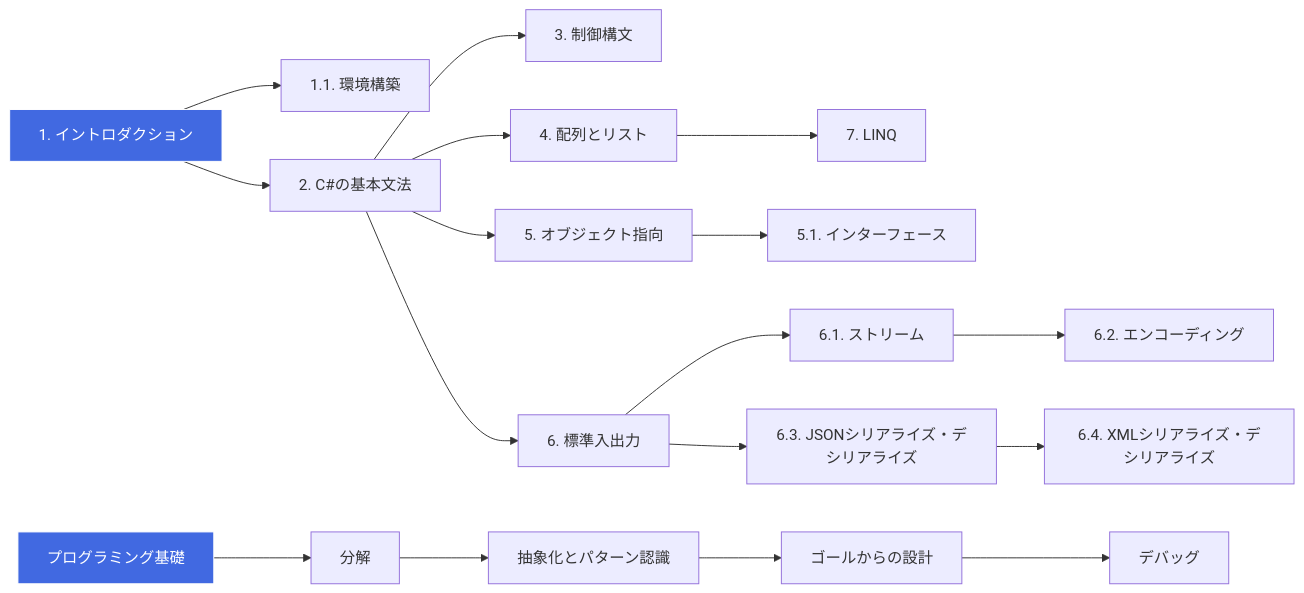
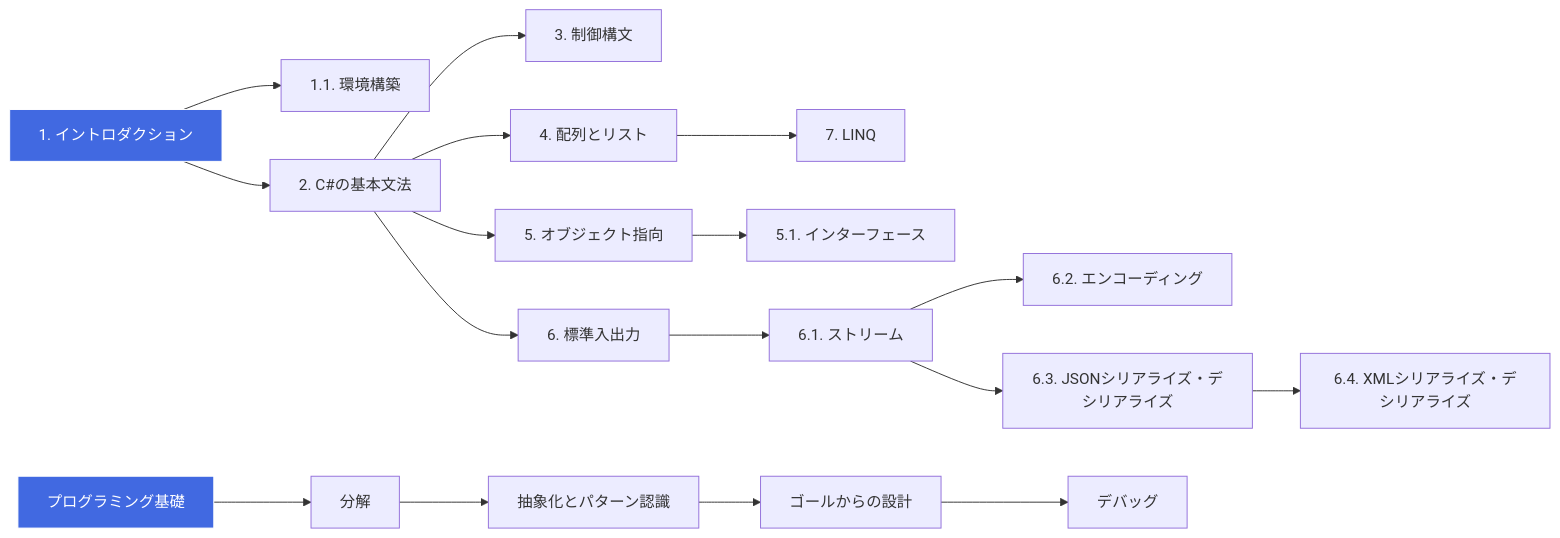
Before and after one commit to h0r1-m/csharp_zoro_to_hero: the diagram in README.md, drawn with Mermaid.

Commit message:
ツリー修正

````diff
--- a/README.md
+++ b/README.md
@@ -16,21 +16,21 @@
 ```mermaid
 flowchart LR
   S1[1. イントロダクション] --> S11[1.1. 環境構築]
   S1 --> S2[2. C#の基本文法]
   S2 --> S3[3. 制御構文]
   S2 --> S4[4. 配列とリスト]
   S4 --> S7[7. LINQ]
   S2 --> S5[5. オブジェクト指向]
   S5 --> S51[5.1. インターフェース]
   S2 --> S6[6. 標準入出力]
   S6 --> S61[6.1. ストリーム]
   S61 --> S62[6.2. エンコーディング]
-  S6 --> S63[6.3. JSONシリアライズ・デシリアライズ]
+  S61 --> S63[6.3. JSONシリアライズ・デシリアライズ]
   S63 --> S64[6.4. XMLシリアライズ・デシリアライズ]
   P0[プログラミング基礎] --> P1[分解]
   P1 --> P2[抽象化とパターン認識]
   P2 --> P3[ゴールからの設計]
   P3 --> P4[デバッグ]
   style S1 fill:#4169e1,stroke:#fff,color:#fff
   style P0 fill:#4169e1,stroke:#fff,color:#fff
 ```
````
